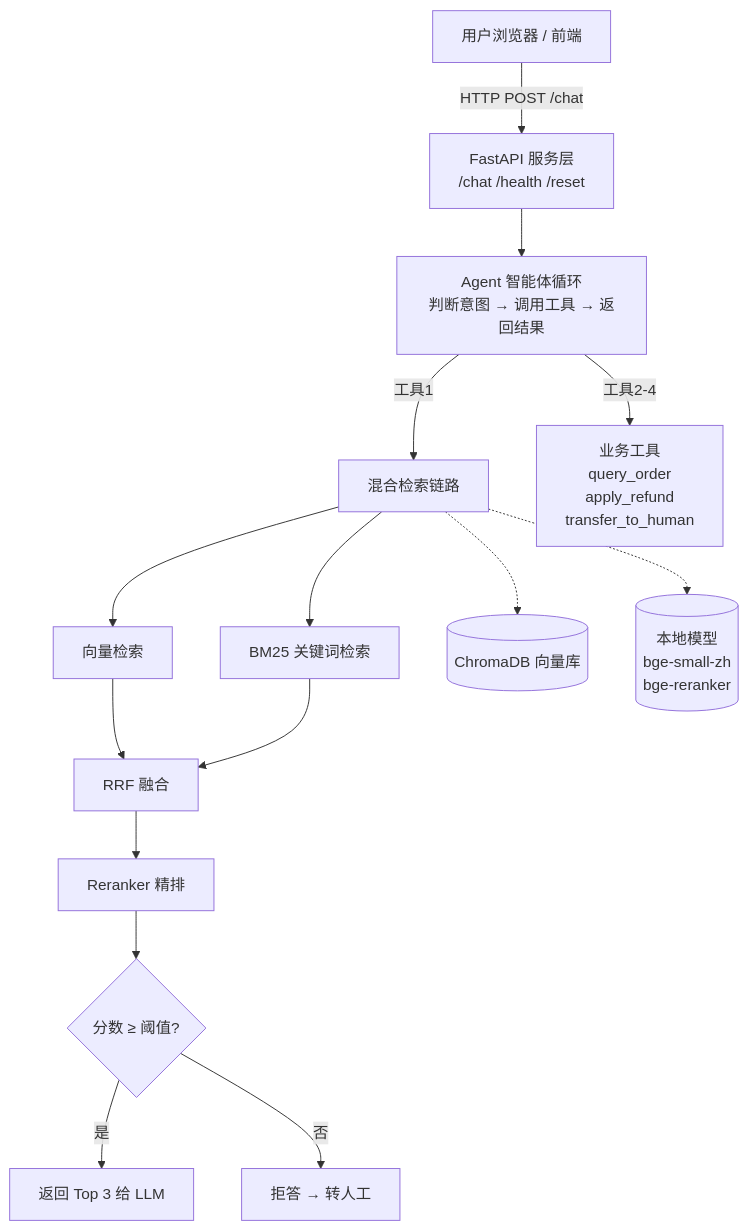
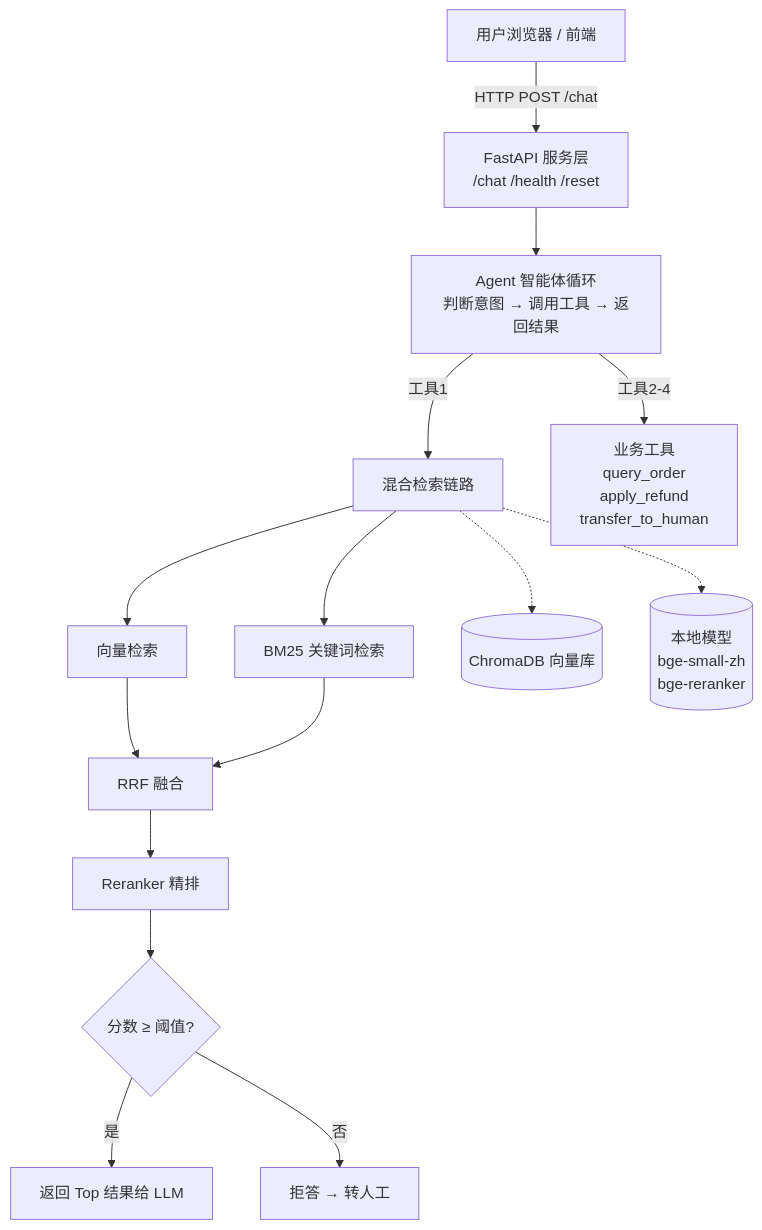
The diagram in README.md (dddmxza/customer-service-agent), drawn with Mermaid before and after one commit. The commit also changed other lines of this file and 1 other file, not shown here.

````diff
--- a/README.md
+++ b/README.md
@@ -94,20 +100,20 @@
 ```mermaid
 flowchart TB
     User[用户浏览器 / 前端] -->|HTTP POST /chat| API[FastAPI 服务层<br/>/chat /health /reset]
     API --> Agent[Agent 智能体循环<br/>判断意图 → 调用工具 → 返回结果]
 
     Agent -->|工具1| Retrieve[混合检索链路]
     Agent -->|工具2-4| BizTools[业务工具<br/>query_order<br/>apply_refund<br/>transfer_to_human]
 
     Retrieve --> Vector[向量检索]
     Retrieve --> BM25[BM25 关键词检索]
     Vector --> RRF[RRF 融合]
     BM25 --> RRF
     RRF --> Rerank[Reranker 精排]
     Rerank --> Threshold{分数 ≥ 阈值?}
-    Threshold -->|是| Return[返回 Top 3 给 LLM]
+    Threshold -->|是| Return[返回 Top 结果给 LLM]
     Threshold -->|否| Reject[拒答 → 转人工]
 
     Retrieve -.-> Chroma[(ChromaDB 向量库)]
     Retrieve -.-> Models[(本地模型<br/>bge-small-zh<br/>bge-reranker)]
 ```
````
